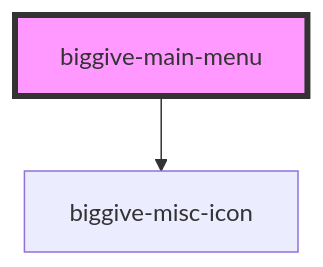
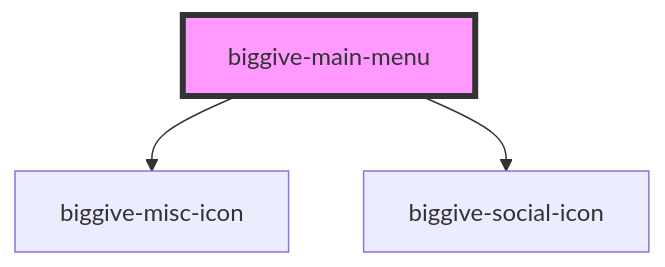
One commit to thebiggive/donate-frontend changed the diagram in src/components/biggive-main-menu/readme.md. Above: the diagram before and after it, drawn with Mermaid. The commit also changed other lines of this file and 2 other files, not shown here.

Commit message:
BG2-2286: Add social icons to fixed content menu
Copied code from donate-frontend/src/app/app.component.html

````diff
--- a/src/components/biggive-main-menu/readme.md
+++ b/src/components/biggive-main-menu/readme.md
@@ -36,5 +37,6 @@
 ```mermaid
 graph TD;
   biggive-main-menu --> biggive-misc-icon
+  biggive-main-menu --> biggive-social-icon
   style biggive-main-menu fill:#f9f,stroke:#333,stroke-width:4px
 ```
````
